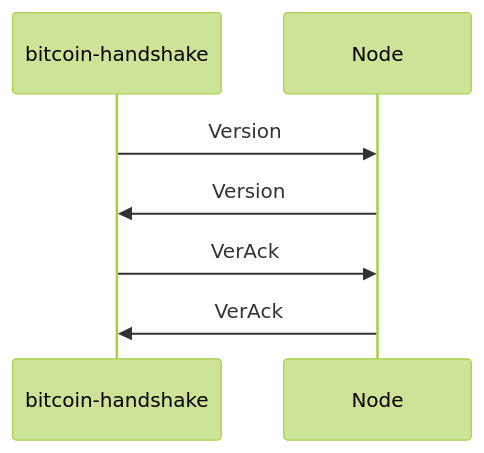
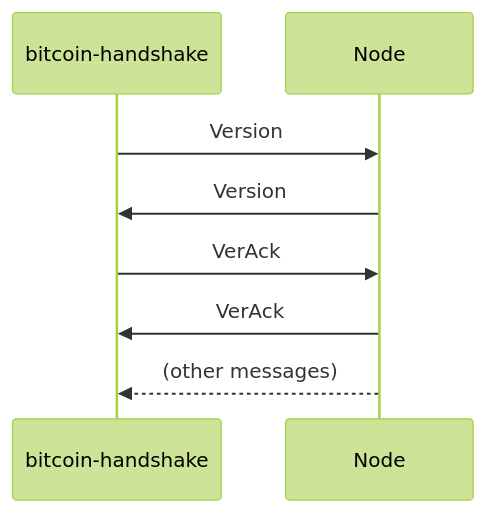
One commit to spitfire05/bitcoin-handshake changed the diagram in README.md. Above: the diagram before and after it, drawn with Mermaid (forest theme).

````diff
--- a/README.md
+++ b/README.md
@@ -72,7 +72,8 @@
 ```mermaid
 sequenceDiagram
     bitcoin-handshake->>Node: Version
     Node->>bitcoin-handshake: Version
     bitcoin-handshake->>Node: VerAck
     Node->>bitcoin-handshake: VerAck
+    Node-->>bitcoin-handshake: (other messages)
 ```
````
